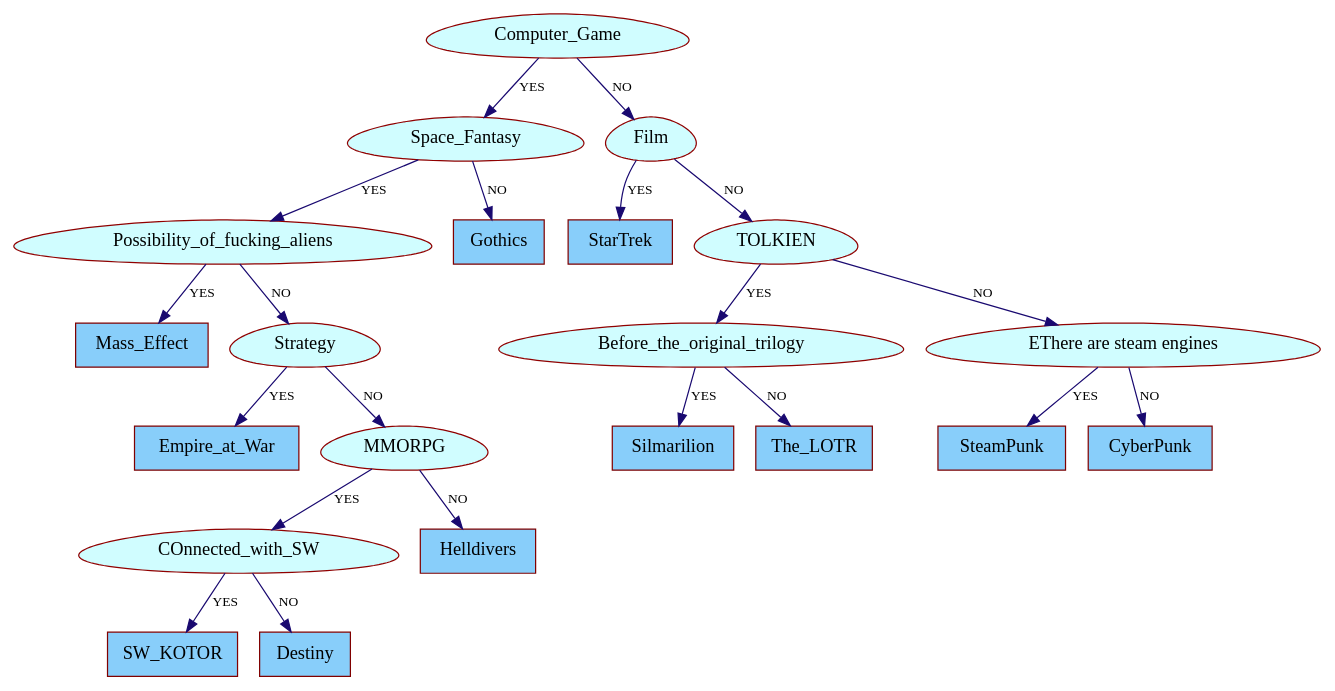
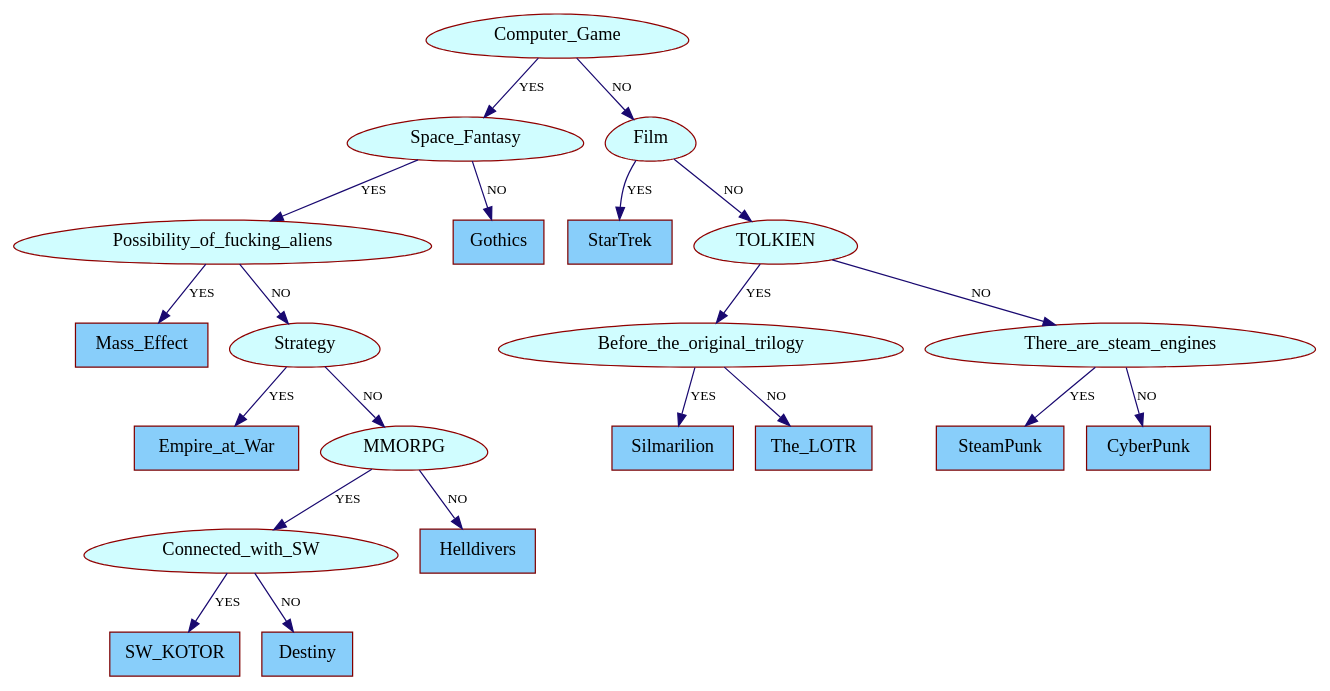
One commit to Agustangel/Akinator changed the diagram in graph_phys.dot. Above: the diagram before and after it, drawn with Graphviz. The commit also changed 2 other files, not shown here.

```diff
--- a/graph_phys.dot
+++ b/graph_phys.dot
@@ -1,64 +1,64 @@
 digraph {
 	node[shape = "cube", color = "#800000", fontsize = 15, style = "filled", fillcolor = "#88CEFA"];
 	edge[color = "#190970", fontsize = 11];
 
 		"Computer_Game"[shape = "ellipse", color="#900000", style="filled", fillcolor = "#D0FDFF"];
 		"Computer_Game"->"Space_Fantasy"[label = "YES"];
 
 		"Space_Fantasy"[shape = "ellipse", color="#900000", style="filled", fillcolor = "#D0FDFF"];
 		"Space_Fantasy"->"Possibility_of_fucking_aliens"[label = "YES"];
 
 		"Possibility_of_fucking_aliens"[shape = "ellipse", color="#900000", style="filled", fillcolor = "#D0FDFF"];
 		"Possibility_of_fucking_aliens"->"Mass_Effect"[label = "YES"];
 
 		"Possibility_of_fucking_aliens"[shape = "egg", color="#900000", style="filled", fillcolor = "#D0FDFF"];
 		"Possibility_of_fucking_aliens"->"Strategy"[label = "NO"];
 
 		"Strategy"[shape = "ellipse", color="#900000", style="filled", fillcolor = "#D0FDFF"];
 		"Strategy"->"Empire_at_War"[label = "YES"];
 
 		"Strategy"[shape = "egg", color="#900000", style="filled", fillcolor = "#D0FDFF"];
 		"Strategy"->"MMORPG"[label = "NO"];
 
 		"MMORPG"[shape = "ellipse", color="#900000", style="filled", fillcolor = "#D0FDFF"];
-		"MMORPG"->"COnnected_with_SW"[label = "YES"];
+		"MMORPG"->"Connected_with_SW"[label = "YES"];
 
-		"COnnected_with_SW"[shape = "ellipse", color="#900000", style="filled", fillcolor = "#D0FDFF"];
-		"COnnected_with_SW"->"SW_KOTOR"[label = "YES"];
+		"Connected_with_SW"[shape = "ellipse", color="#900000", style="filled", fillcolor = "#D0FDFF"];
+		"Connected_with_SW"->"SW_KOTOR"[label = "YES"];
 
-		"COnnected_with_SW"[shape = "egg", color="#900000", style="filled", fillcolor = "#D0FDFF"];
-		"COnnected_with_SW"->"Destiny"[label = "NO"];
+		"Connected_with_SW"[shape = "egg", color="#900000", style="filled", fillcolor = "#D0FDFF"];
+		"Connected_with_SW"->"Destiny"[label = "NO"];
 
 		"MMORPG"[shape = "egg", color="#900000", style="filled", fillcolor = "#D0FDFF"];
 		"MMORPG"->"Helldivers"[label = "NO"];
 
 		"Space_Fantasy"[shape = "egg", color="#900000", style="filled", fillcolor = "#D0FDFF"];
 		"Space_Fantasy"->"Gothics"[label = "NO"];
 
 		"Computer_Game"[shape = "egg", color="#900000", style="filled", fillcolor = "#D0FDFF"];
 		"Computer_Game"->"Film"[label = "NO"];
 
 		"Film"[shape = "ellipse", color="#900000", style="filled", fillcolor = "#D0FDFF"];
 		"Film"->"StarTrek"[label = "YES"];
 
 		"Film"[shape = "egg", color="#900000", style="filled", fillcolor = "#D0FDFF"];
 		"Film"->"TOLKIEN"[label = "NO"];
 
 		"TOLKIEN"[shape = "ellipse", color="#900000", style="filled", fillcolor = "#D0FDFF"];
 		"TOLKIEN"->"Before_the_original_trilogy"[label = "YES"];
 
 		"Before_the_original_trilogy"[shape = "ellipse", color="#900000", style="filled", fillcolor = "#D0FDFF"];
 		"Before_the_original_trilogy"->"Silmarilion"[label = "YES"];
 
 		"Before_the_original_trilogy"[shape = "egg", color="#900000", style="filled", fillcolor = "#D0FDFF"];
 		"Before_the_original_trilogy"->"The_LOTR"[label = "NO"];
 
 		"TOLKIEN"[shape = "egg", color="#900000", style="filled", fillcolor = "#D0FDFF"];
-		"TOLKIEN"->"ЕThere are steam engines"[label = "NO"];
+		"TOLKIEN"->"There_are_steam_engines"[label = "NO"];
 
-		"ЕThere are steam engines"[shape = "ellipse", color="#900000", style="filled", fillcolor = "#D0FDFF"];
-		"ЕThere are steam engines"->"SteamPunk"[label = "YES"];
+		"There_are_steam_engines"[shape = "ellipse", color="#900000", style="filled", fillcolor = "#D0FDFF"];
+		"There_are_steam_engines"->"SteamPunk"[label = "YES"];
 
-		"ЕThere are steam engines"[shape = "egg", color="#900000", style="filled", fillcolor = "#D0FDFF"];
-		"ЕThere are steam engines"->"CyberPunk"[label = "NO"];
+		"There_are_steam_engines"[shape = "egg", color="#900000", style="filled", fillcolor = "#D0FDFF"];
+		"There_are_steam_engines"->"CyberPunk"[label = "NO"];
 }
```
